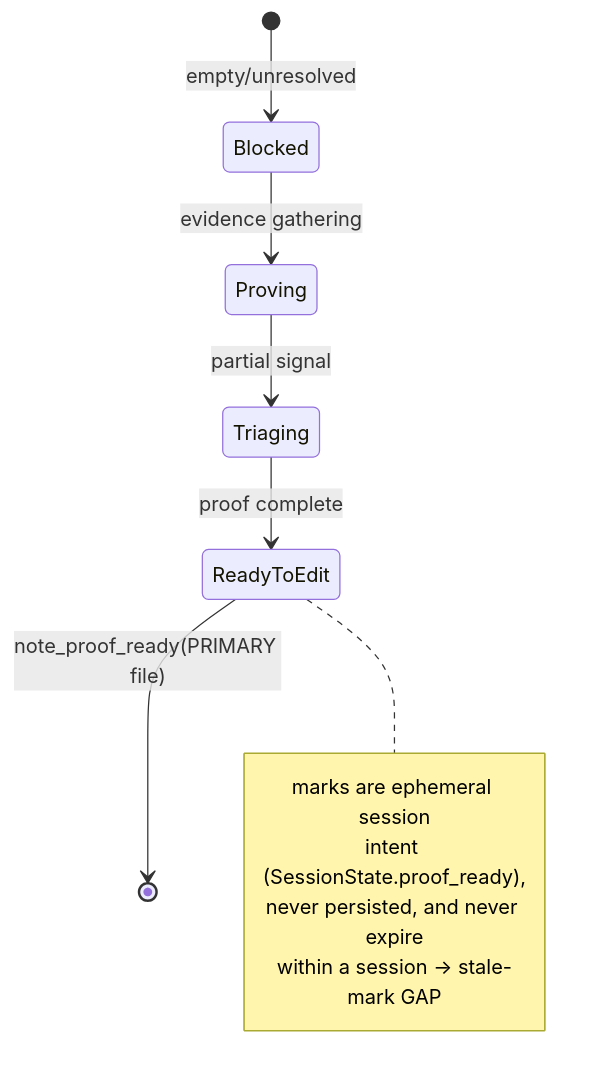
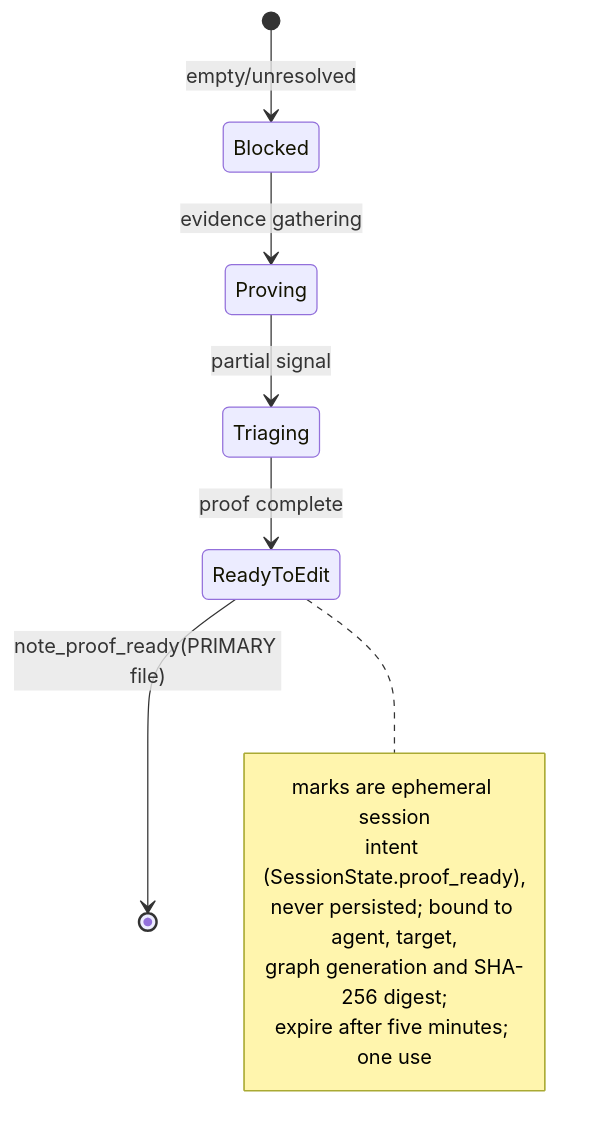
One commit to maxkle1nz/m1nd changed the third of 4 diagrams in docs/uml/search-surgical.md. Above: the diagram before and after it, drawn with Mermaid. The commit also changed other lines of this file and 32 other files, not shown here.

````diff
--- a/docs/uml/search-surgical.md
+++ b/docs/uml/search-surgical.md
@@ -113,14 +113,15 @@
 ```mermaid
 stateDiagram-v2
     [*] --> Blocked : empty/unresolved
     Blocked --> Proving : evidence gathering
     Proving --> Triaging : partial signal
     Triaging --> ReadyToEdit : proof complete
     ReadyToEdit --> [*] : note_proof_ready(PRIMARY file)
     note right of ReadyToEdit
         marks are ephemeral session
         intent (SessionState.proof_ready),
-        never persisted, and never expire
-        within a session -> stale-mark GAP
+        never persisted; bound to agent, target,
+        graph generation and SHA-256 digest;
+        expire after five minutes; one use
     end note
 ```
````
